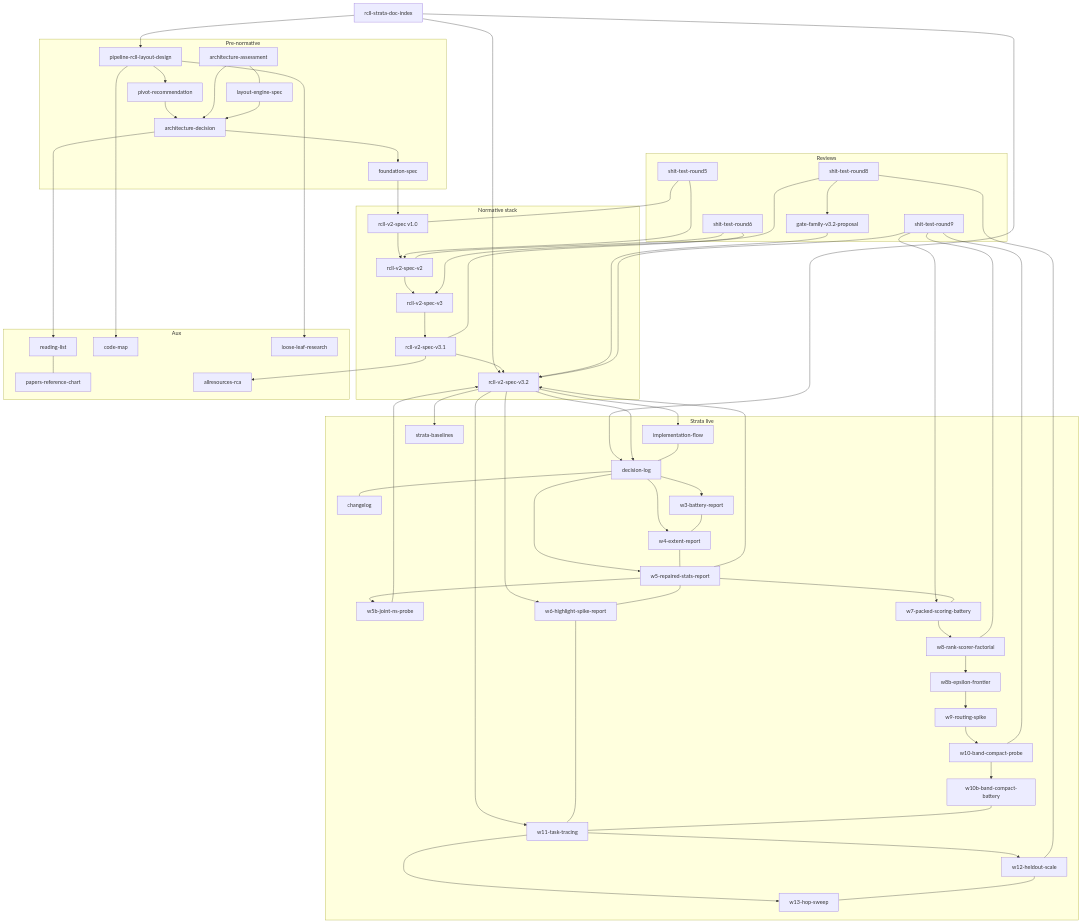
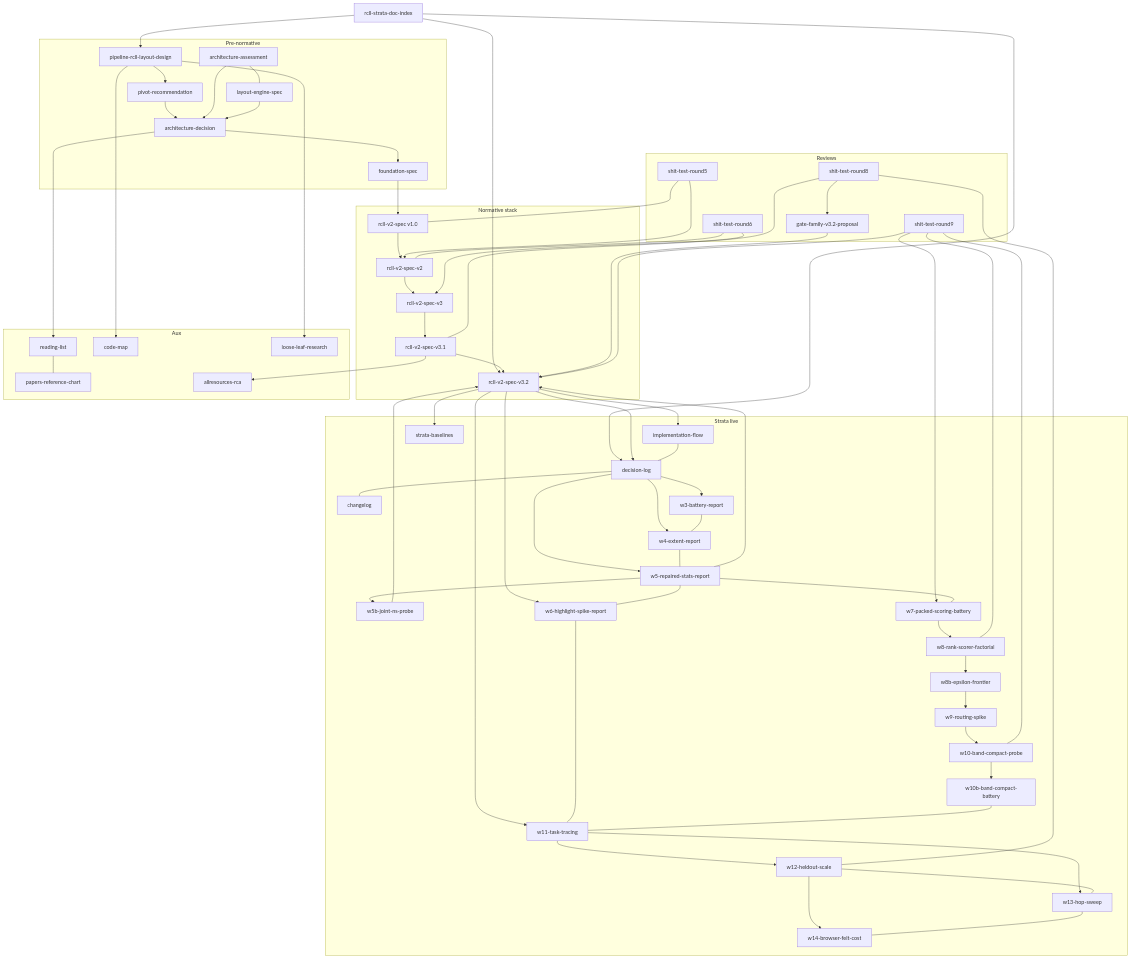
The diagram in docs/rcll-strata-doc-index.md (TusharSariya/excalidraw-tf), drawn with Mermaid before and after one commit. The commit also changed other lines of this file and 2 other files, not shown here.

Commit message:
docs(strata): W14 pre-registration — browser felt-cost milestone record (before code)
Claude-Session: https://claude.ai/code/session_01Xg3u7o2PS9prcy5JbhB9hx

```diff
--- a/docs/rcll-strata-doc-index.md
+++ b/docs/rcll-strata-doc-index.md
@@ -147,6 +148,7 @@
     W11[w11-task-tracing]
     W12[w12-heldout-scale]
     W13[w13-hop-sweep]
+    W14[w14-browser-felt-cost]
     Base[strata-baselines]
   end
 
@@ -212,6 +214,8 @@
   R8 --- W12
   W11 --> W13
   W12 --- W13
+  W12 --> W14
+  W13 --- W14
   V32 --> Base
 
   ArchDec --> ReadList
```
